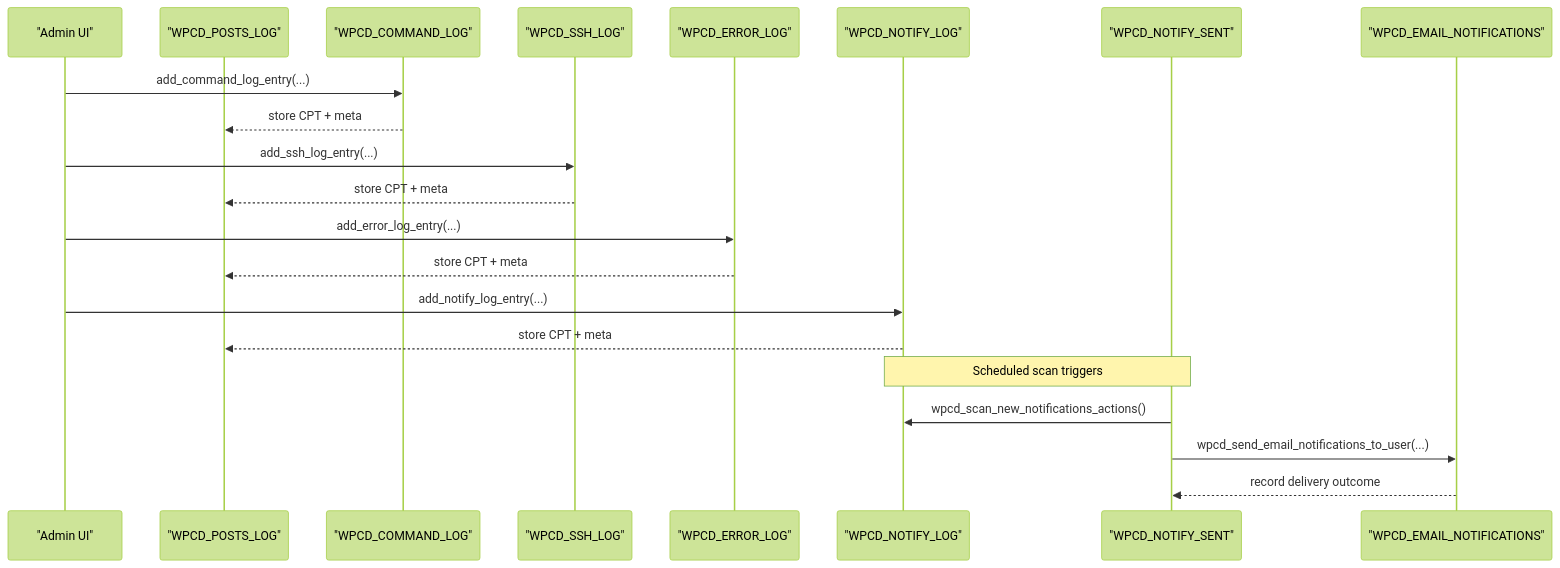
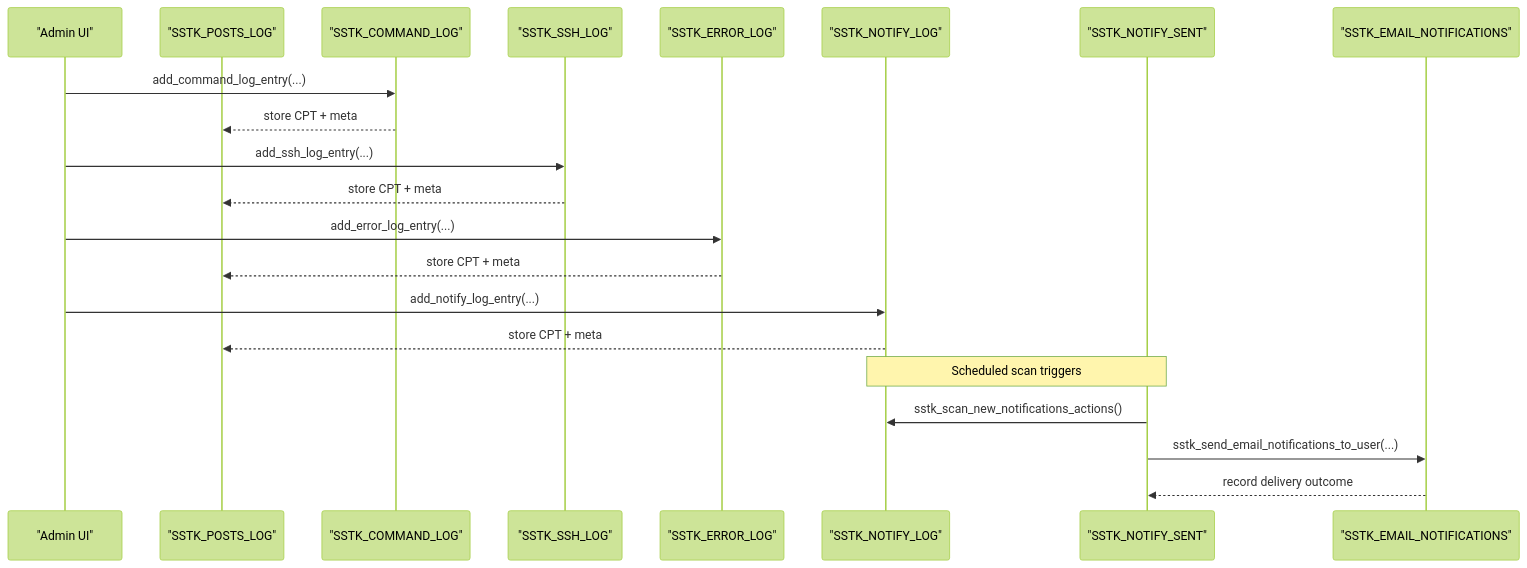
The second of 4 diagrams in .qoder/repowiki/en/content/Logging & Monitoring/Logging & Monitoring.md (onedogsolutions/simple-stack), drawn with Mermaid (forest theme) before and after one commit. The commit also changed other lines of this file and 5941 other files, not shown here.

````diff
--- a/.qoder/repowiki/en/content/Logging & Monitoring/Logging & Monitoring.md
+++ b/.qoder/repowiki/en/content/Logging & Monitoring/Logging & Monitoring.md
@@ -129,23 +129,23 @@
 ```mermaid
 sequenceDiagram
 participant Admin as "Admin UI"
-participant Logger as "WPCD_POSTS_LOG"
-participant Cmd as "WPCD_COMMAND_LOG"
-participant Ssh as "WPCD_SSH_LOG"
-participant Err as "WPCD_ERROR_LOG"
-participant Notif as "WPCD_NOTIFY_LOG"
-participant Sent as "WPCD_NOTIFY_SENT"
-participant Mail as "WPCD_EMAIL_NOTIFICATIONS"
+participant Logger as "SSTK_POSTS_LOG"
+participant Cmd as "SSTK_COMMAND_LOG"
+participant Ssh as "SSTK_SSH_LOG"
+participant Err as "SSTK_ERROR_LOG"
+participant Notif as "SSTK_NOTIFY_LOG"
+participant Sent as "SSTK_NOTIFY_SENT"
+participant Mail as "SSTK_EMAIL_NOTIFICATIONS"
 Admin->>Cmd : add_command_log_entry(...)
 Cmd-->>Logger : store CPT + meta
 Admin->>Ssh : add_ssh_log_entry(...)
 Ssh-->>Logger : store CPT + meta
 Admin->>Err : add_error_log_entry(...)
 Err-->>Logger : store CPT + meta
 Admin->>Notif : add_notify_log_entry(...)
 Notif-->>Logger : store CPT + meta
 Note over Notif,Sent : Scheduled scan triggers
-Sent->>Notif : wpcd_scan_new_notifications_actions()
-Sent->>Mail : wpcd_send_email_notifications_to_user(...)
+Sent->>Notif : sstk_scan_new_notifications_actions()
+Sent->>Mail : sstk_send_email_notifications_to_user(...)
 Mail-->>Sent : record delivery outcome
 ```
````
